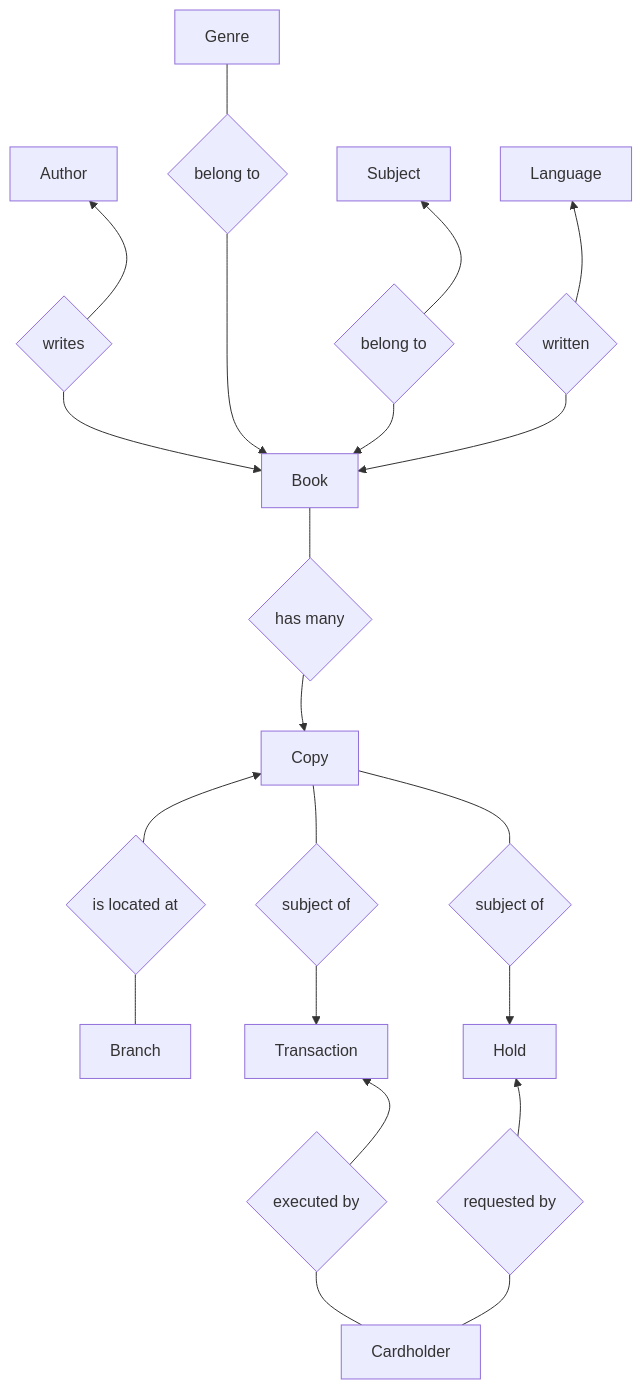
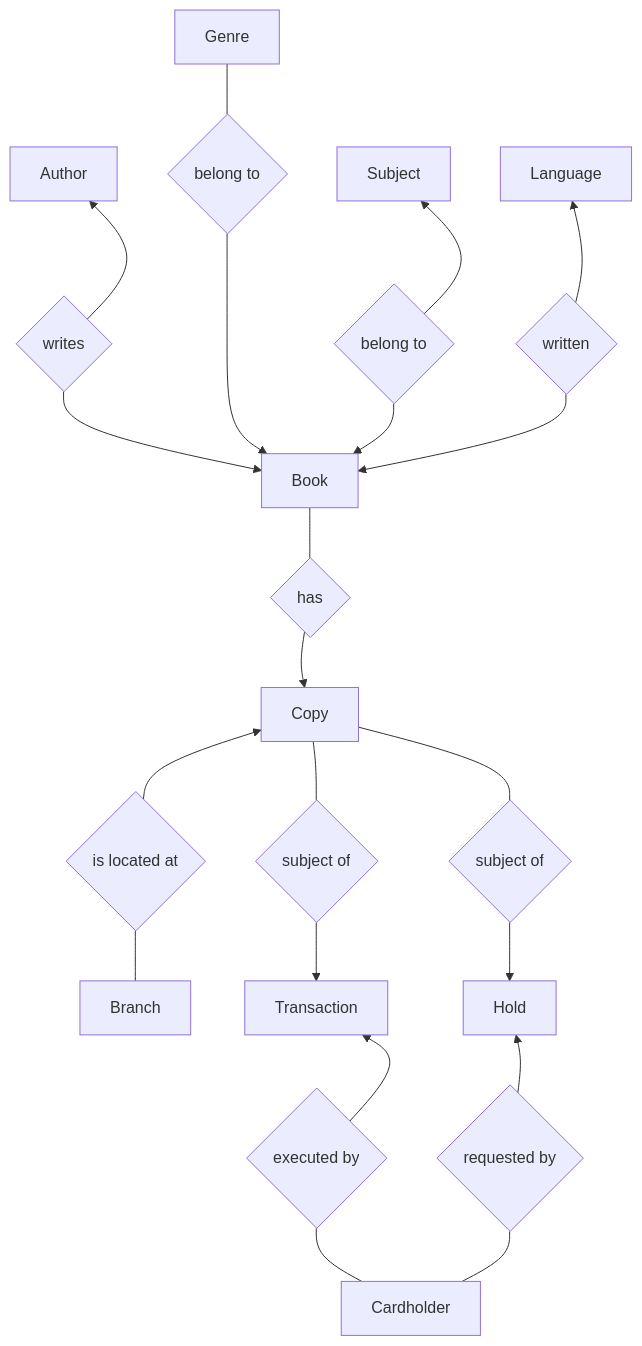
Before and after one commit to kelzzzz/CS425-ChiPub: the first of 2 diagrams in deliverable_1.md, drawn with Mermaid.

Commit message:
Remove cardinality from book/copy relationship name

````diff
--- a/deliverable_1.md
+++ b/deliverable_1.md
@@ -15,23 +15,23 @@
 ```mermaid
 graph TD
     A[Author] ~~~ AB{writes} --> A
     G[Genre] --- GB{belong to}
     S[Subject] ~~~ SB{belong to} --> S
     L[Language] ~~~ LB{written} --> L
     AB --> B[Book]
     GB ---> B
     SB --> B
     LB --> B
-    B --- CB{has many}
+    B --- CB{has}
     C[Copy] ~~~ CB --> C
     C ~~~ CBr{is located at} --> C
     CBr --- Br[Branch]
     C --- CT{subject of}
     CT --> T[Transaction]
     C --- CH{subject of}
     CH --> H[Hold]
     T ~~~ TCh{executed by} --> T
     TCh --- Ch[Cardholder]
     H ~~~ HCh{requested by} --> H
     HCh --- Ch
 ```
````
